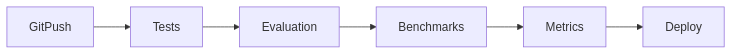
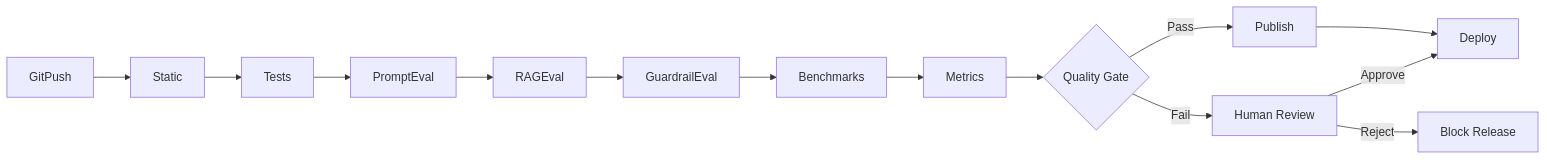
The diagram in docs/Diagrams/12-Evaluation-Pipeline.mmd (rsinghcodes/Tailr), drawn with Mermaid before and after one commit. The commit also changed 35 other files, not shown here.

Commit message:
updated documentation and diagram with guardrail

```diff
--- a/docs/Diagrams/12-Evaluation-Pipeline.mmd
+++ b/docs/Diagrams/12-Evaluation-Pipeline.mmd
@@ -1,11 +1,27 @@
 flowchart LR
 
-GitPush --> Tests
+GitPush --> Static
 
-Tests --> Evaluation
+Static --> Tests
 
-Evaluation --> Benchmarks
+Tests --> PromptEval
+
+PromptEval --> RAGEval
+
+RAGEval --> GuardrailEval
+
+GuardrailEval --> Benchmarks
 
 Benchmarks --> Metrics
 
-Metrics --> Deploy
+Metrics --> Gate{Quality Gate}
+
+Gate -- Pass --> Publish
+
+Publish --> Deploy
+
+Gate -- Fail --> HumanReview[Human Review]
+
+HumanReview -- Approve --> Deploy
+
+HumanReview -- Reject --> Block[Block Release]
```
